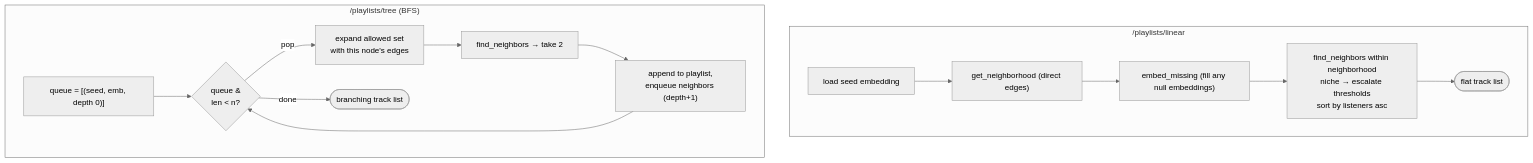
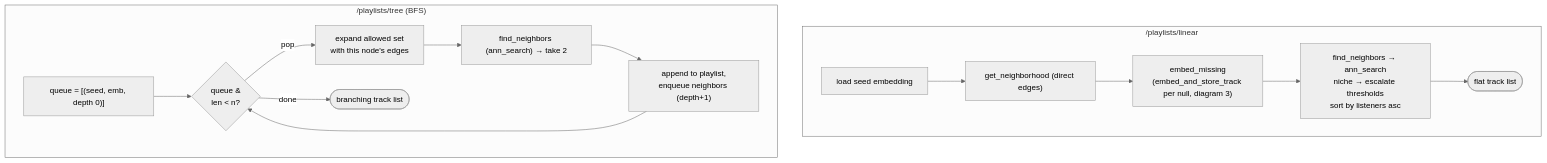
The ninth of 10 diagrams in ARCHITECTURE.md (pedro-boudoux/discover), drawn with Mermaid (neutral theme) before and after one commit. The commit also changed other lines of this file and 7 other files, not shown here.

First line of the commit message:
Consolidate ANN search and embedding pipeline into shared helpers

````diff
--- a/ARCHITECTURE.md
+++ b/ARCHITECTURE.md
@@ -259,18 +277,18 @@
 ```mermaid
 flowchart TD
     subgraph linear["/playlists/linear"]
         L1["load seed embedding"] --> L2["get_neighborhood (direct edges)"]
-        L2 --> L3["embed_missing (fill any null embeddings)"]
-        L3 --> L4["find_neighbors within neighborhood<br/>niche → escalate thresholds<br/>sort by listeners asc"]
+        L2 --> L3["embed_missing<br/>(embed_and_store_track per null, diagram 3)"]
+        L3 --> L4["find_neighbors → ann_search<br/>niche → escalate thresholds<br/>sort by listeners asc"]
         L4 --> L5(["flat track list"])
     end
 
     subgraph tree["/playlists/tree (BFS)"]
         T1["queue = [(seed, emb, depth 0)]"] --> T2{"queue &<br/>len < n?"}
         T2 -->|pop| T3["expand allowed set<br/>with this node's edges"]
-        T3 --> T4["find_neighbors → take 2"]
+        T3 --> T4["find_neighbors (ann_search) → take 2"]
         T4 --> T5["append to playlist,<br/>enqueue neighbors (depth+1)"]
         T5 --> T2
         T2 -->|done| T6(["branching track list"])
     end
 ```
````
